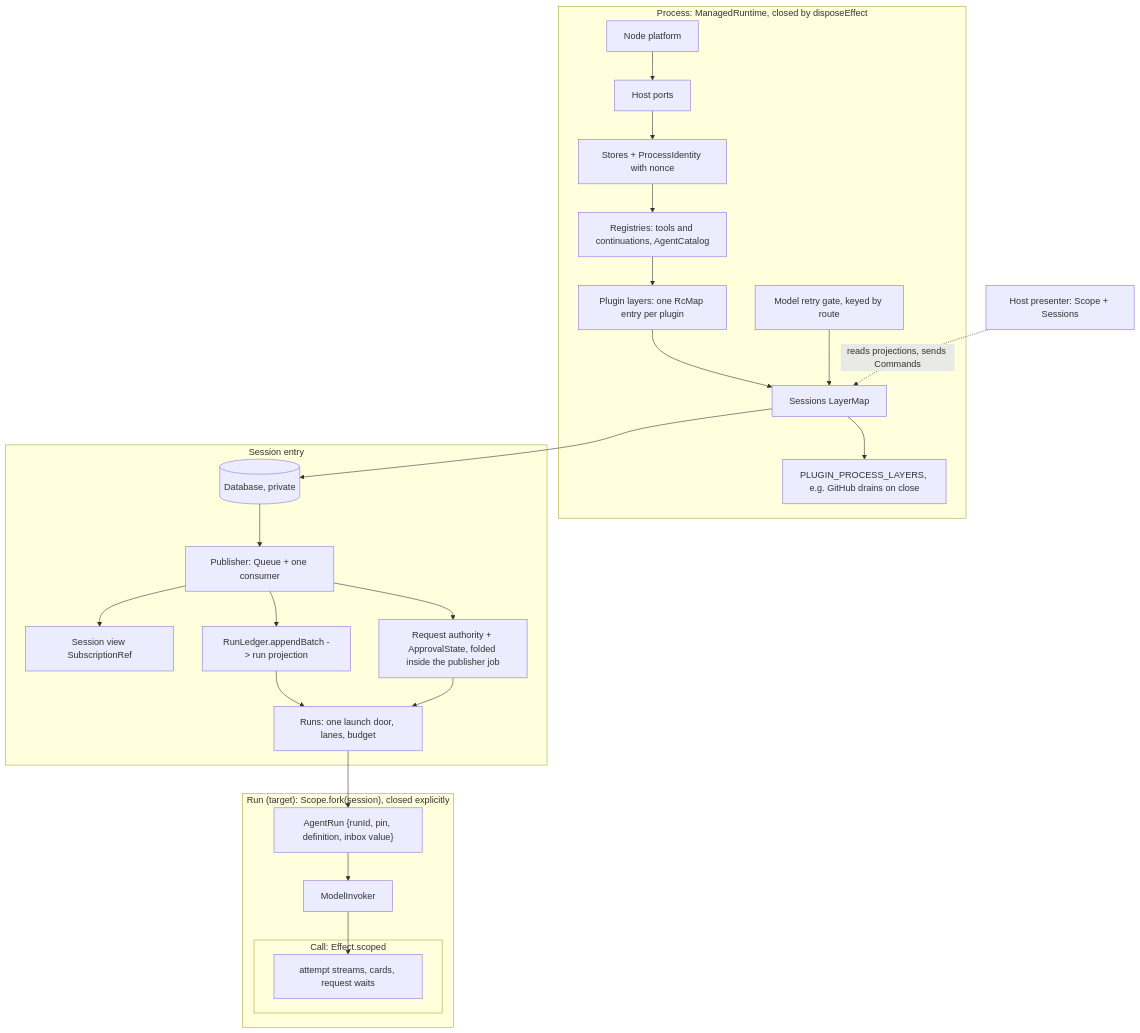
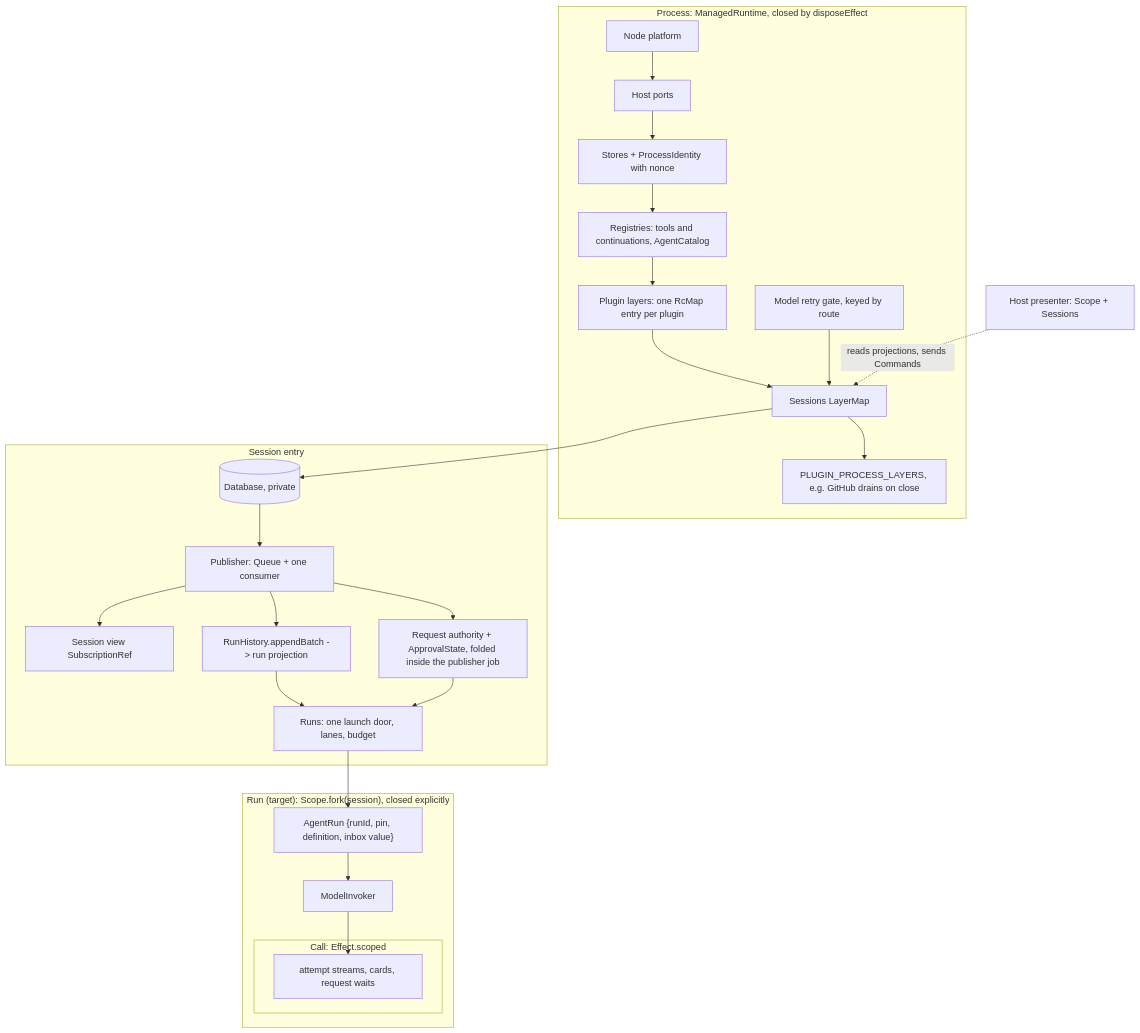
One commit to LionSR/TeXRA changed the diagram in .agents/docs/proposed/architecture/2026-09-26-core-concepts.md. Above: the diagram before and after it, drawn with Mermaid. The commit also changed other lines of this file and 148 other files, not shown here.

First line of the commit message:
refactor(harness): the run's "ledger" becomes its "history" (split M5)

````diff
--- a/.agents/docs/proposed/architecture/2026-09-26-core-concepts.md
+++ b/.agents/docs/proposed/architecture/2026-09-26-core-concepts.md
@@ -439,29 +439,29 @@
 ```mermaid
 graph TD
   subgraph Process["Process: ManagedRuntime, closed by disposeEffect"]
     NP[Node platform] --> HP[Host ports] --> ST[Stores + ProcessIdentity with nonce]
     ST --> CAT[Registries: tools and continuations, AgentCatalog]
     CAT --> PLY[Plugin layers: one RcMap entry per plugin]
     PLY --> SES[Sessions LayerMap]
     RG[Model retry gate, keyed by route] --> SES
     SES --> PPL[PLUGIN_PROCESS_LAYERS, e.g. GitHub drains on close]
   end
   subgraph Session["Session entry"]
     DB[(Database, private)] --> PUB[Publisher: Queue + one consumer]
     PUB --> VIEW[Session view SubscriptionRef]
-    PUB --> LED[RunLedger.appendBatch -> run projection]
+    PUB --> LED[RunHistory.appendBatch -> run projection]
     PUB --> REQ[Request authority + ApprovalState, folded inside the publisher job]
     LED --> RUNS[Runs: one launch door, lanes, budget]
     REQ --> RUNS
   end
   SES --> DB
   subgraph Run["Run (target): Scope.fork(session), closed explicitly"]
     AR["AgentRun {runId, pin, definition, inbox value}"] --> MI[ModelInvoker]
     subgraph Call["Call: Effect.scoped"]
       C1[attempt streams, cards, request waits]
     end
     MI --> C1
   end
   RUNS --> AR
   HOST["Host presenter: Scope + Sessions"] -. reads projections, sends Commands .-> SES
 ```
````
